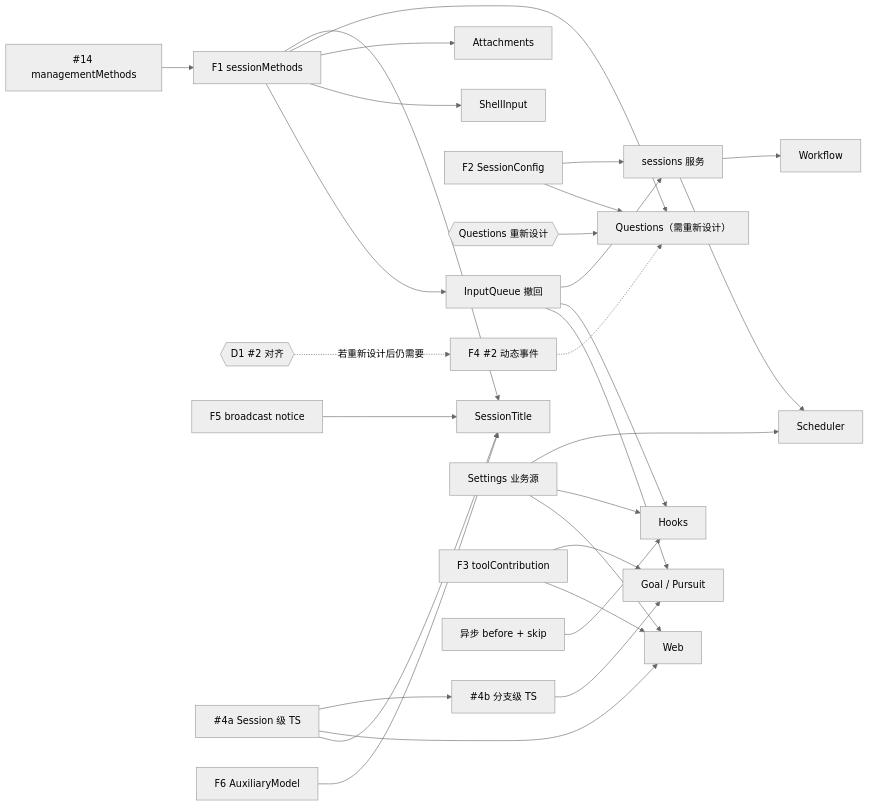
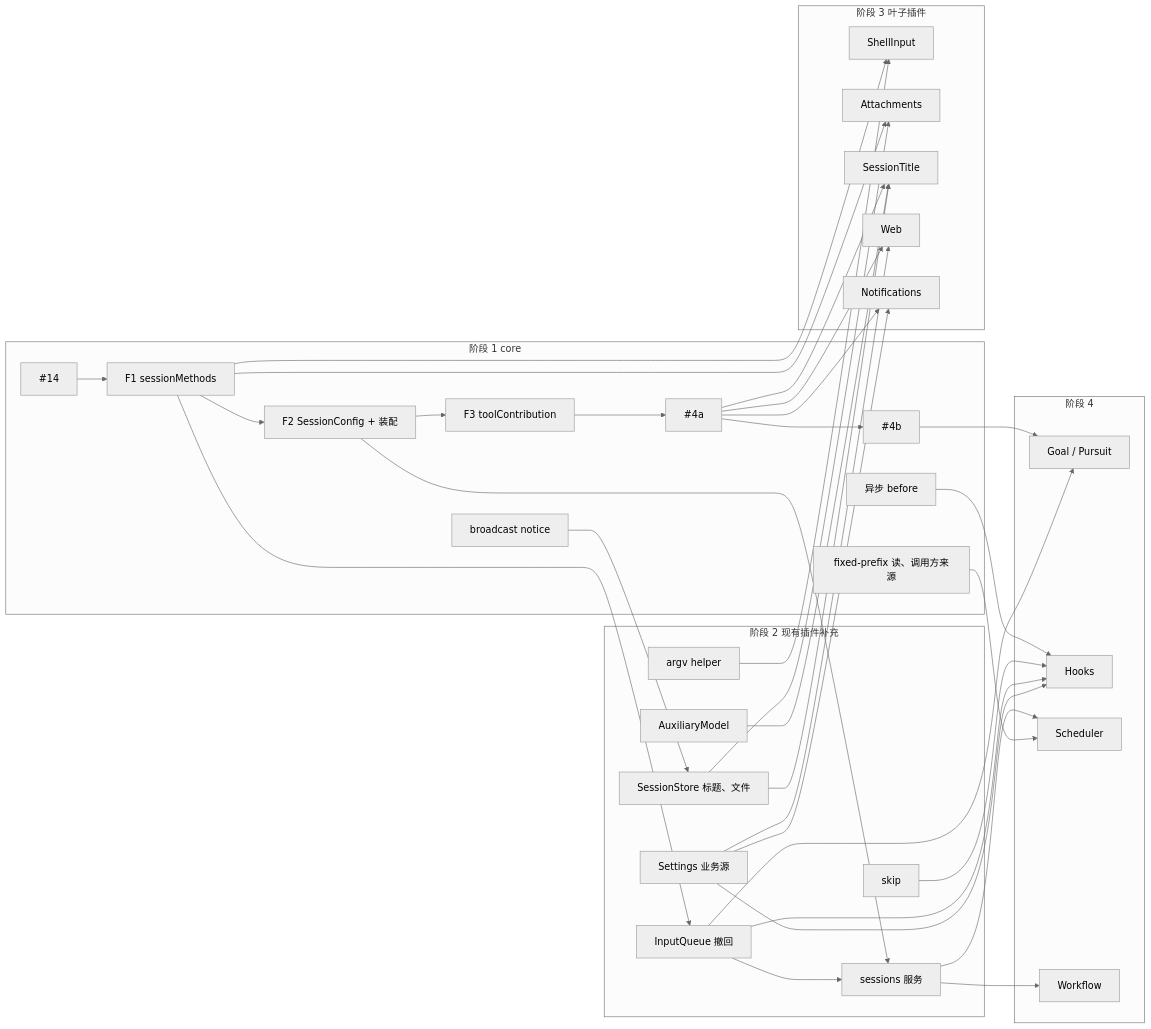
The diagram in docs/design/roadmap.md (CoutinhoTTS/dim-agent), drawn with Mermaid (neutral theme) before and after one commit. The commit also changed other lines of this file, not shown here.

First line of the commit message:
docs(roadmap): finish core changes before plugins

````diff
--- a/docs/design/roadmap.md
+++ b/docs/design/roadmap.md
@@ -111,29 +126,55 @@
 ```mermaid
 flowchart LR
-  PR14["#14 managementMethods"] --> F1["F1 sessionMethods"]
-  F1 --> WD["InputQueue 撤回"]
-  F1 --> SH["ShellInput"]
-  F1 --> AT["Attachments"]
-  F2["F2 SessionConfig"] --> Q["Questions（需重新设计）"]
-  F1 --> Q
-  QR{{"Questions 重新设计"}} --> Q
-  D1{{"D1 #2 对齐"}} -.->|"若重新设计后仍需要"| F4["F4 #2 动态事件"] -.-> Q
-  F5["F5 broadcast notice"] --> ST["SessionTitle"]
-  T4A["#4a Session 级 TS"] --> ST
+  subgraph S1["阶段 1 core"]
+    PR14["#14"] --> F1["F1 sessionMethods"] --> F2["F2 SessionConfig + 装配"] --> F3["F3 toolContribution"] --> T4A["#4a"] --> T4B["#4b"]
+    ASY["异步 before"]
+    NT["broadcast notice"]
+    FP["fixed-prefix 读、调用方来源"]
+  end
+  subgraph S2["阶段 2 现有插件补充"]
+    WD["InputQueue 撤回"]
+    SKIP["skip"]
+    SS["sessions 服务"]
+    AUX["AuxiliaryModel"]
+    STORE["SessionStore 标题、文件"]
+    SET["Settings 业务源"]
+    ARGV["argv helper"]
+  end
+  subgraph S3["阶段 3 叶子插件"]
+    SH["ShellInput"]
+    AT["Attachments"]
+    ST["SessionTitle"]
+    WEB["Web"]
+    NO["Notifications"]
+  end
+  subgraph S4["阶段 4"]
+    GO["Goal / Pursuit"]
+    HK["Hooks"]
+    SC["Scheduler"]
+    WF["Workflow"]
+  end
+  F1 --> WD
+  F2 --> SS
+  WD --> SS
+  NT --> STORE
+  F1 --> SH
+  ARGV --> SH
+  F1 --> AT
+  STORE --> AT
+  T4A --> ST
+  AUX --> ST
+  STORE --> ST
   T4A --> WEB
-  T4A --> T4B["#4b 分支级 TS"] --> GO
-  F6["F6 AuxiliaryModel"] --> ST
-  F1 --> ST
-  SET["Settings 业务源"] --> WEB["Web"]
-  F3["F3 toolContribution"] --> WEB
-  F3 --> GO["Goal / Pursuit"]
+  SET --> WEB
+  T4A --> NO
+  SET --> NO
+  T4B --> GO
   WD --> GO
-  ASY["异步 before + skip"] --> HK["Hooks"]
+  ASY --> HK
+  SKIP --> HK
   WD --> HK
   SET --> HK
-  F2 --> SS["sessions 服务"]
-  WD --> SS
-  SS --> SC["Scheduler"]
-  SS --> WF["Workflow"]
-  SET --> SC
+  SS --> SC
+  SS --> WF
+  FP --> SC
 ```
````
